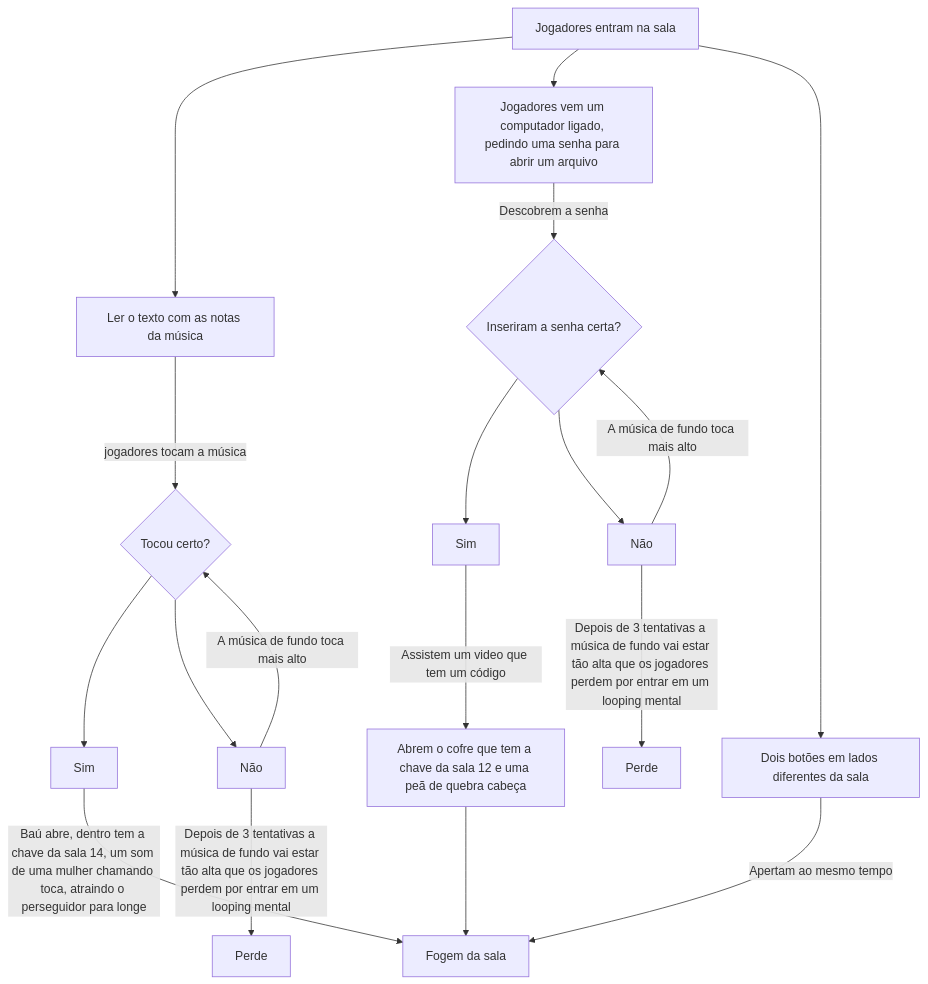
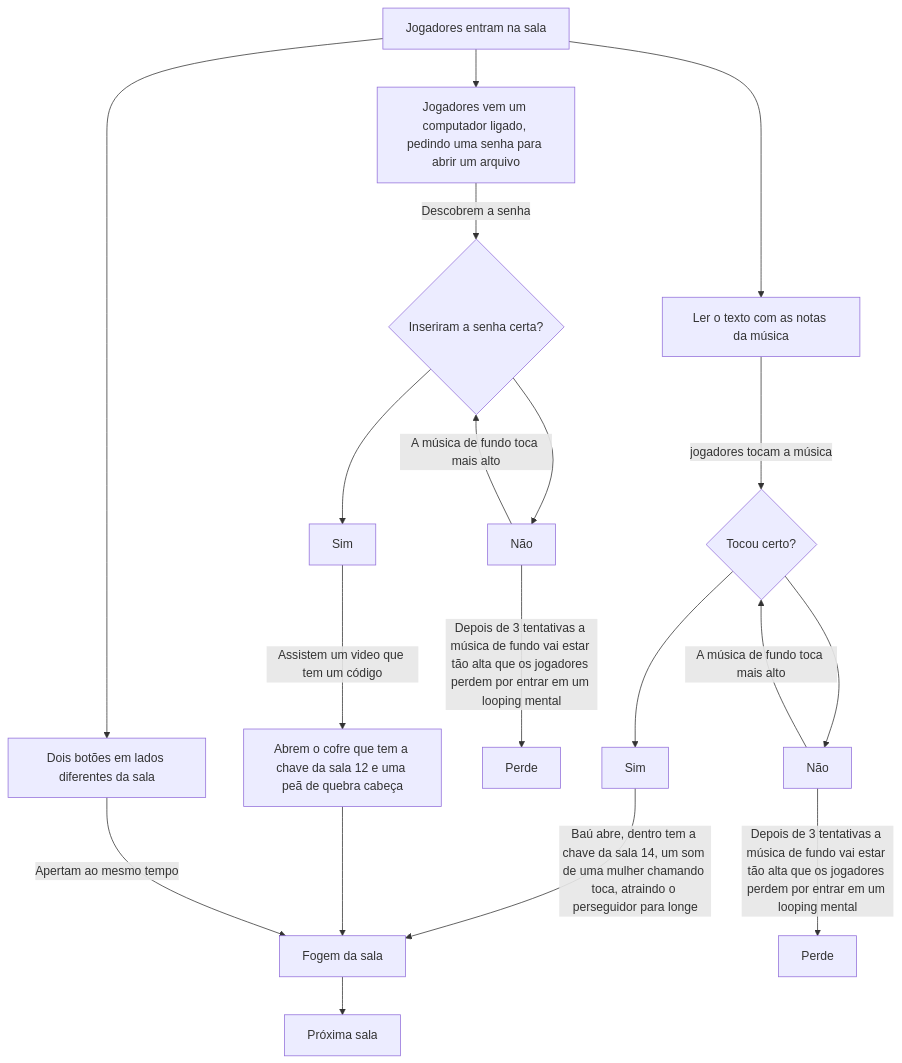
Before and after one commit to ifsc-sj-60808/escape-run: the diagram in docs/cena1.md, drawn with Mermaid.

Commit message:
Escrever fluxograma da cena 1 Fixes #26

````diff
--- a/docs/cena1.md
+++ b/docs/cena1.md
@@ -7,35 +7,37 @@
 ```mermaid
 flowchart TD
 A[Jogadores entram na sala]
 B[Ler o texto com as notas da música]
 C{Tocou certo?}
 D[Sim]
 E[Não]
 F[Fogem da sala]
 G[Perde]
 H[Jogadores vem um computador ligado, pedindo uma senha para abrir um arquivo]
 I{Inseriram a senha certa?}
 J[Sim]
 K[Não]
 L[Perde]
 M[Abrem o cofre que tem a chave da sala 12 e uma peã de quebra cabeça]
 N[Dois botões em lados diferentes da sala]
+O[Próxima sala]
 
 A --> B
 A --> H
 B--> |jogadores tocam a música| C
 C --> D
 C --> E
 D--> |Baú abre, dentro tem a chave da sala 14, um som de uma mulher chamando toca, atraindo o perseguidor para longe| F
 E --> |A música de fundo toca mais alto| C
 E --> |Depois de 3 tentativas a música de fundo vai estar tão alta que os jogadores perdem por entrar em um looping mental| G
 H --> |Descobrem a senha|I
 I --> J
 I --> K
 K --> |A música de fundo toca mais alto| I
 K --> |Depois de 3 tentativas a música de fundo vai estar tão alta que os jogadores perdem por entrar em um looping mental| L
 J --> |Assistem um video que tem um código|M
 M --> F
 A --> N
 N --> |Apertam ao mesmo tempo|F
+F --> O
 ```
````
